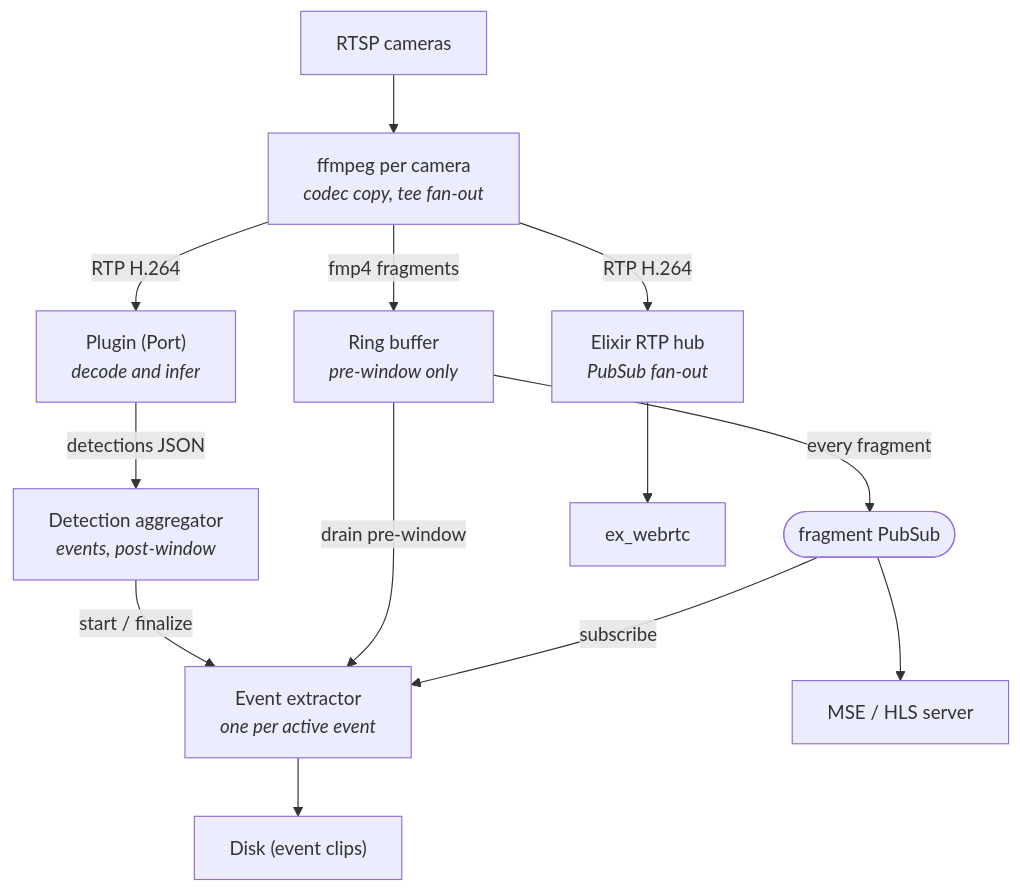
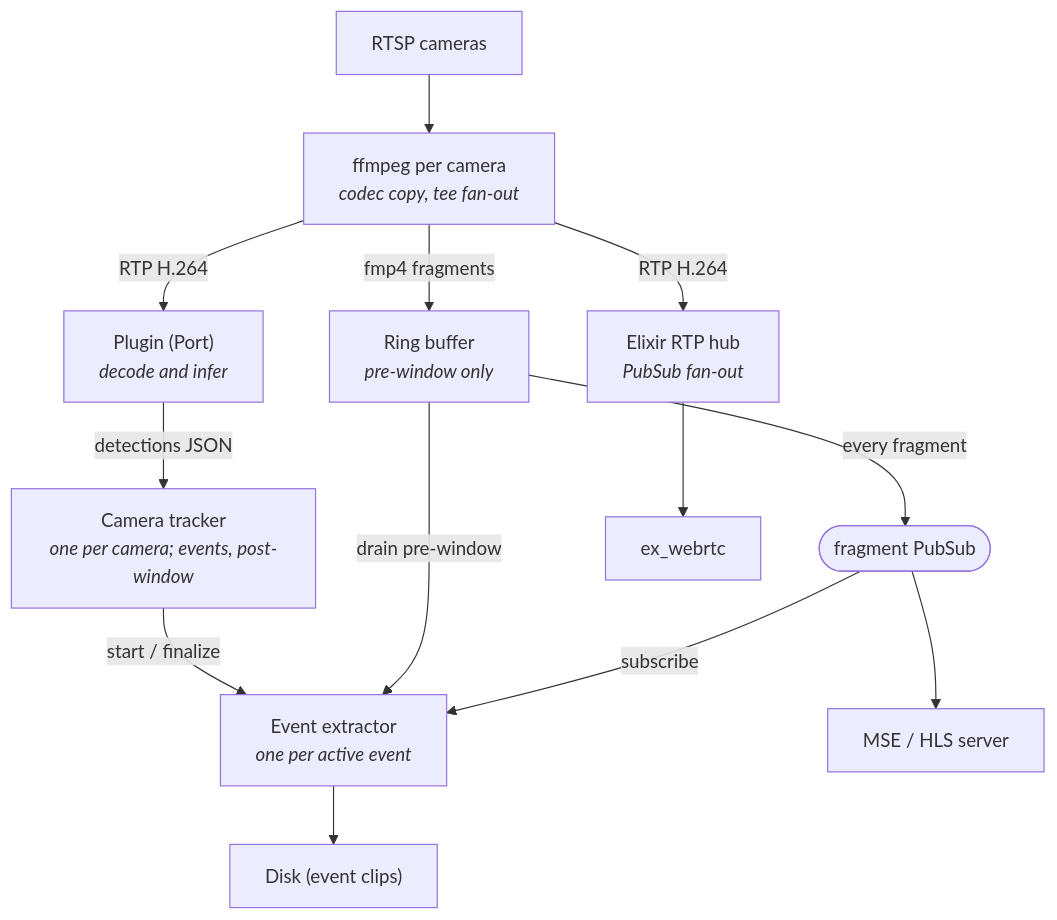
The diagram in docs/architecture.md (bbangert/cairn-nvr), drawn with Mermaid before and after one commit. The commit also changed other lines of this file and 22 other files, not shown here.

````diff
--- a/docs/architecture.md
+++ b/docs/architecture.md
@@ -13,34 +13,34 @@
 ```mermaid
 flowchart TD
   cameras["RTSP cameras"]
   ffmpeg["ffmpeg per camera<br/><i>codec copy, tee fan-out</i>"]
 
   ring["Ring buffer<br/><i>pre-window only</i>"]
   plugin["Plugin (Port)<br/><i>decode and infer</i>"]
   rtphub["Elixir RTP hub<br/><i>PubSub fan-out</i>"]
 
   pubsub(["fragment PubSub"])
 
-  aggregator["Detection aggregator<br/><i>events, post-window</i>"]
+  tracker["Camera tracker<br/><i>one per camera; events, post-window</i>"]
   extractor["Event extractor<br/><i>one per active event</i>"]
 
   mse["MSE / HLS server"]
   disk["Disk (event clips)"]
   webrtc["ex_webrtc"]
 
   cameras --> ffmpeg
   ffmpeg -- "fmp4 fragments" --> ring
   ffmpeg -- "RTP H.264" --> plugin
   ffmpeg -- "RTP H.264" --> rtphub
 
   ring -- "every fragment" --> pubsub
-  plugin -- "detections JSON" --> aggregator
+  plugin -- "detections JSON" --> tracker
 
-  aggregator -- "start / finalize" --> extractor
+  tracker -- "start / finalize" --> extractor
   ring -- "drain pre-window" --> extractor
   pubsub -- "subscribe" --> extractor
 
   pubsub --> mse
   extractor --> disk
   rtphub --> webrtc
 ```
````
